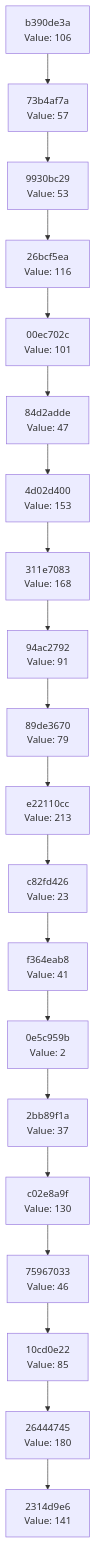
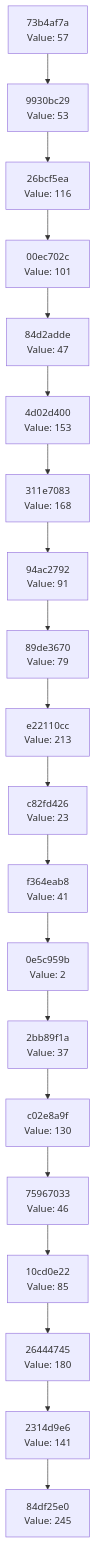
The diagram in docs/CHAIN_VISUALIZATION.md (Abhisheksinha1506/hash-chain-evolver), drawn with Mermaid before and after one commit. The commit also changed 3 other files, not shown here.

````diff
--- a/docs/CHAIN_VISUALIZATION.md
+++ b/docs/CHAIN_VISUALIZATION.md
@@ -3,42 +3,42 @@
 ```mermaid
 graph TD
-    C0["2314d9e6<br/>Value: 141"]
-    C1["26444745<br/>Value: 180"]
+    C0["84df25e0<br/>Value: 245"]
+    C1["2314d9e6<br/>Value: 141"]
     C1 --> C0
-    C2["10cd0e22<br/>Value: 85"]
+    C2["26444745<br/>Value: 180"]
     C2 --> C1
-    C3["75967033<br/>Value: 46"]
+    C3["10cd0e22<br/>Value: 85"]
     C3 --> C2
-    C4["c02e8a9f<br/>Value: 130"]
+    C4["75967033<br/>Value: 46"]
     C4 --> C3
-    C5["2bb89f1a<br/>Value: 37"]
+    C5["c02e8a9f<br/>Value: 130"]
     C5 --> C4
-    C6["0e5c959b<br/>Value: 2"]
+    C6["2bb89f1a<br/>Value: 37"]
     C6 --> C5
-    C7["f364eab8<br/>Value: 41"]
+    C7["0e5c959b<br/>Value: 2"]
     C7 --> C6
-    C8["c82fd426<br/>Value: 23"]
+    C8["f364eab8<br/>Value: 41"]
     C8 --> C7
-    C9["e22110cc<br/>Value: 213"]
+    C9["c82fd426<br/>Value: 23"]
     C9 --> C8
-    C10["89de3670<br/>Value: 79"]
+    C10["e22110cc<br/>Value: 213"]
     C10 --> C9
-    C11["94ac2792<br/>Value: 91"]
+    C11["89de3670<br/>Value: 79"]
     C11 --> C10
-    C12["311e7083<br/>Value: 168"]
+    C12["94ac2792<br/>Value: 91"]
     C12 --> C11
-    C13["4d02d400<br/>Value: 153"]
+    C13["311e7083<br/>Value: 168"]
     C13 --> C12
-    C14["84d2adde<br/>Value: 47"]
+    C14["4d02d400<br/>Value: 153"]
     C14 --> C13
-    C15["00ec702c<br/>Value: 101"]
+    C15["84d2adde<br/>Value: 47"]
     C15 --> C14
-    C16["26bcf5ea<br/>Value: 116"]
+    C16["00ec702c<br/>Value: 101"]
     C16 --> C15
-    C17["9930bc29<br/>Value: 53"]
+    C17["26bcf5ea<br/>Value: 116"]
     C17 --> C16
-    C18["73b4af7a<br/>Value: 57"]
+    C18["9930bc29<br/>Value: 53"]
     C18 --> C17
-    C19["b390de3a<br/>Value: 106"]
+    C19["73b4af7a<br/>Value: 57"]
     C19 --> C18
 ```
````
